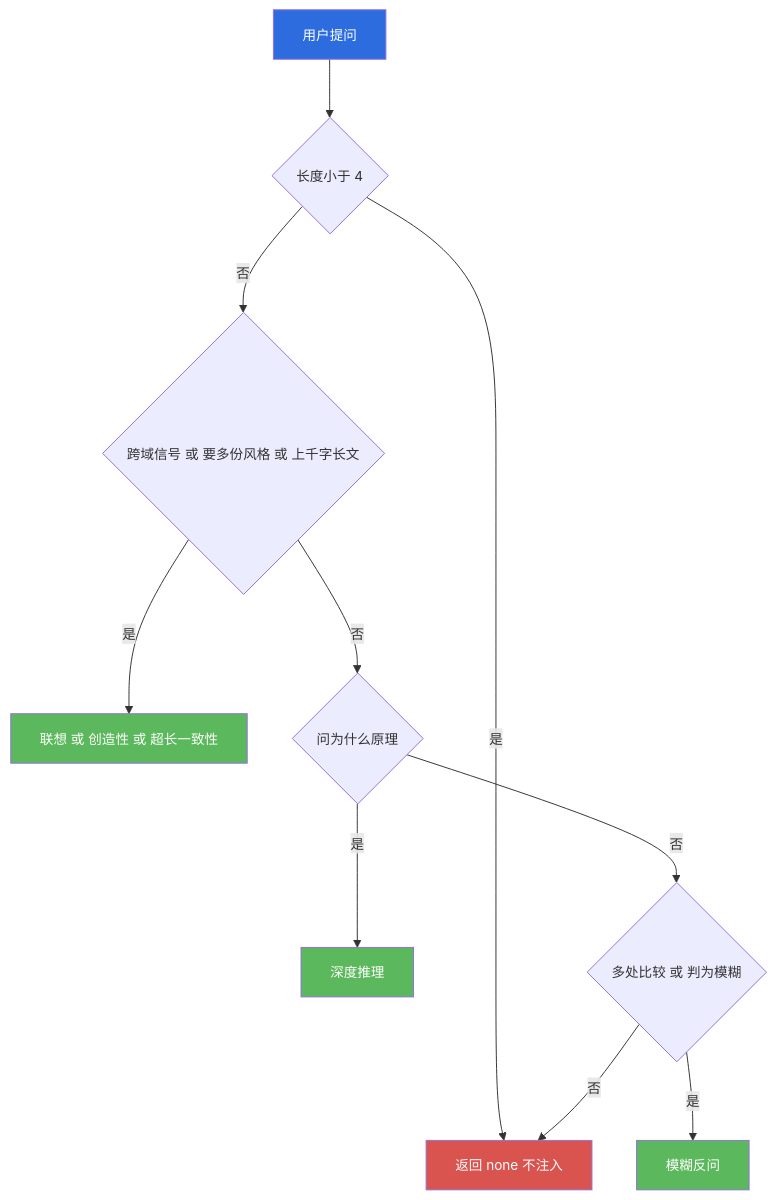
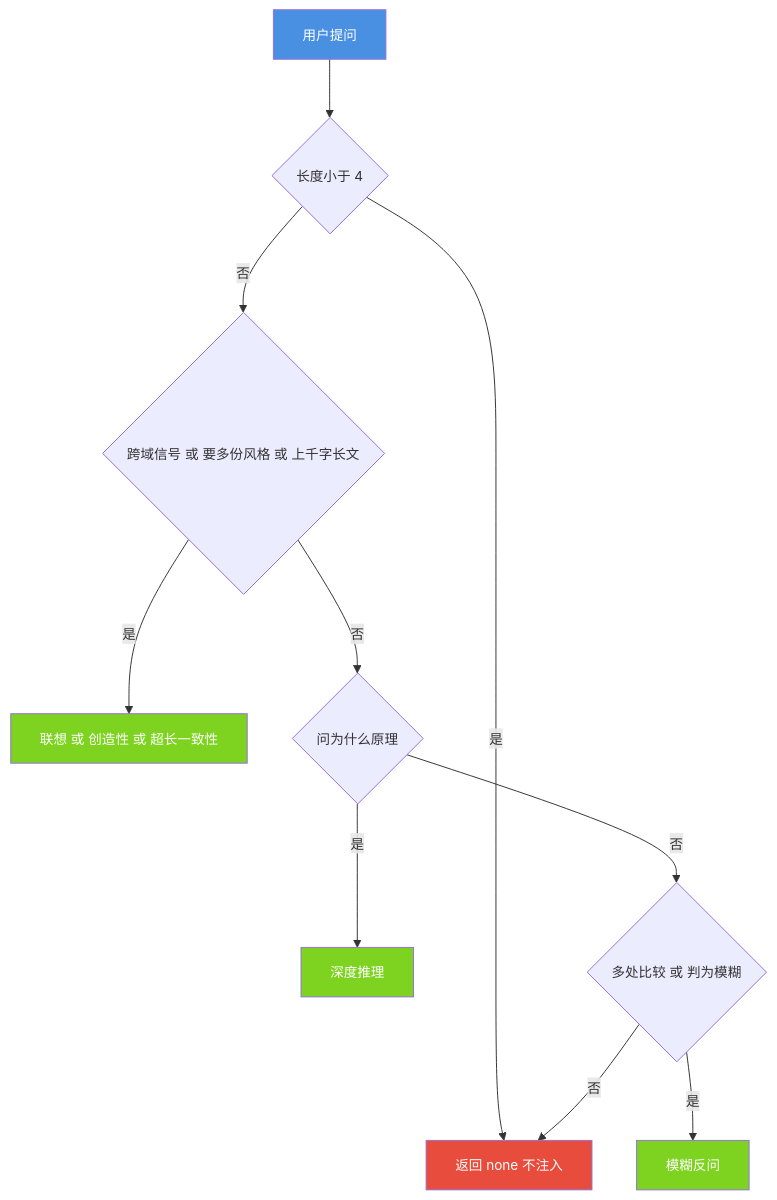
The second of 3 diagrams in docs/modules/10-boost.md (jiangchuangege/xiaojiao-harnees), drawn with Mermaid before and after one commit. The commit also changed other lines of this file and 32 other files, not shown here.

Commit message:
统一：全仓原理图配色到一套调色板 + 给 12 张灰图补色 + 修正自己会睡那张过期图

````diff
--- a/docs/modules/10-boost.md
+++ b/docs/modules/10-boost.md
@@ -90,19 +90,19 @@
 ```mermaid
 %%{init: {"themeVariables": {"fontSize": "14px"}, "flowchart": {"htmlLabels": true, "wrappingWidth": 340, "nodeSpacing": 46, "rankSpacing": 60, "useMaxWidth": true}}}%%
 flowchart TB
     Q["用户提问"] --> G1{"长度小于 4"}
     G1 -->|"是"| NONE["返回 none 不注入"]
     G1 -->|"否"| S1{"跨域信号 或 要多份风格 或 上千字长文"}
     S1 -->|"是"| R1["联想 或 创造性 或 超长一致性"]
     S1 -->|"否"| S2{"问为什么原理"}
     S2 -->|"是"| R2["深度推理"]
     S2 -->|"否"| S3{"多处比较 或 判为模糊"}
     S3 -->|"是"| R3["模糊反问"]
     S3 -->|"否"| NONE
 
-    style Q fill:#2d6cdf,color:#fff
-    style NONE fill:#d9534f,color:#fff
-    style R1 fill:#5cb85c,color:#fff
-    style R2 fill:#5cb85c,color:#fff
-    style R3 fill:#5cb85c,color:#fff
+    style Q fill:#4A90E2,color:#fff
+    style NONE fill:#E74C3C,color:#fff
+    style R1 fill:#7ED321,color:#fff
+    style R2 fill:#7ED321,color:#fff
+    style R3 fill:#7ED321,color:#fff
 ```
````
